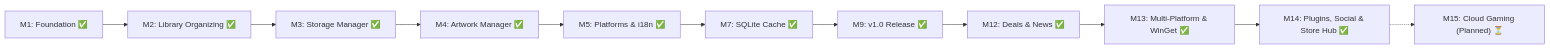
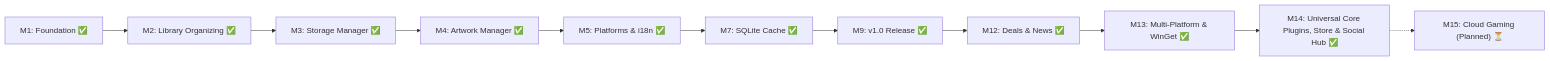
Before and after one commit to HELIX-Origin/agents: the third of 3 diagrams in ROADMAP.md, drawn with Mermaid. The commit also changed other lines of this file and 34 other files, not shown here.

````diff
--- a/ROADMAP.md
+++ b/ROADMAP.md
@@ -122,13 +122,13 @@
 ```mermaid
 flowchart LR
     M1["M1: Foundation ✅"] --> M2["M2: Library Organizing ✅"]
     M2 --> M3["M3: Storage Manager ✅"]
     M3 --> M4["M4: Artwork Manager ✅"]
     M4 --> M5["M5: Platforms & i18n ✅"]
     M5 --> M7["M7: SQLite Cache ✅"]
     M7 --> M9["M9: v1.0 Release ✅"]
     M9 --> M12["M12: Deals & News ✅"]
     M12 --> M13["M13: Multi-Platform & WinGet ✅"]
-    M13 --> M14["M14: Plugins, Social & Store Hub ✅"]
+    M13 --> M14["M14: Universal Core Plugins, Store & Social Hub ✅"]
     M14 -.-> M15["M15: Cloud Gaming (Planned) ⏳"]
 ```
````
